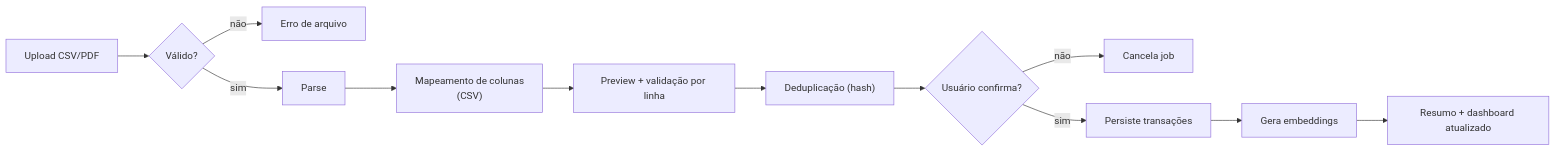
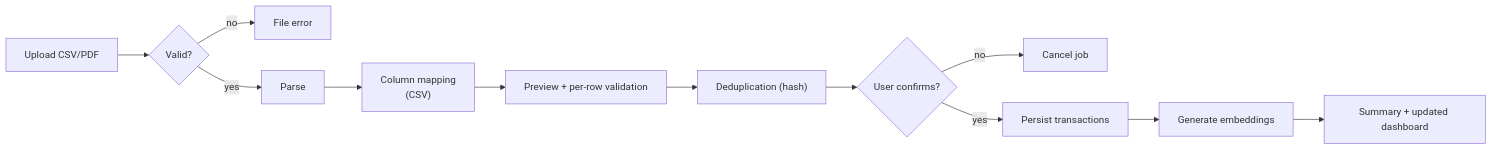
The third of 3 diagrams in docs/architecture.md (fernandaquerino/finsight-ai), drawn with Mermaid before and after one commit. The commit also changed other lines of this file and 9 other files, not shown here.

````diff
--- a/docs/architecture.md
+++ b/docs/architecture.md
@@ -446,14 +447,14 @@
 ```mermaid
 flowchart LR
-  UP["Upload CSV/PDF"] --> VAL{"Válido?"}
-  VAL -->|não| ERR["Erro de arquivo"]
-  VAL -->|sim| PARSE["Parse"]
-  PARSE --> MAP["Mapeamento de colunas<br/>(CSV)"]
-  MAP --> PREV["Preview + validação por linha"]
-  PREV --> DEDUP["Deduplicação (hash)"]
-  DEDUP --> CONF{"Usuário confirma?"}
-  CONF -->|não| CANCEL["Cancela job"]
-  CONF -->|sim| SAVE["Persiste transações"]
-  SAVE --> EMB["Gera embeddings"]
-  EMB --> DONE["Resumo + dashboard atualizado"]
+  UP["Upload CSV/PDF"] --> VAL{"Valid?"}
+  VAL -->|no| ERR["File error"]
+  VAL -->|yes| PARSE["Parse"]
+  PARSE --> MAP["Column mapping<br/>(CSV)"]
+  MAP --> PREV["Preview + per-row validation"]
+  PREV --> DEDUP["Deduplication (hash)"]
+  DEDUP --> CONF{"User confirms?"}
+  CONF -->|no| CANCEL["Cancel job"]
+  CONF -->|yes| SAVE["Persist transactions"]
+  SAVE --> EMB["Generate embeddings"]
+  EMB --> DONE["Summary + updated dashboard"]
 ```
````
